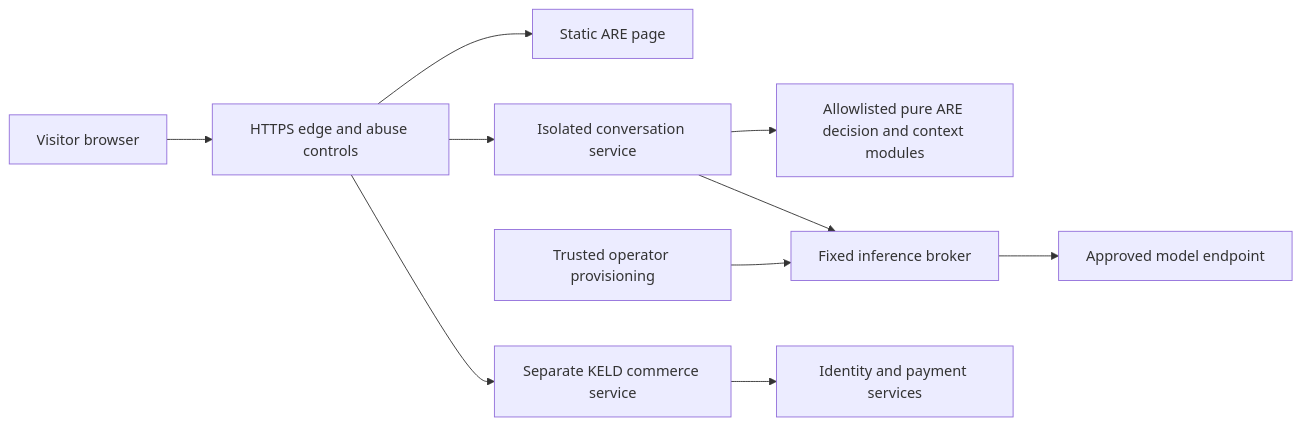
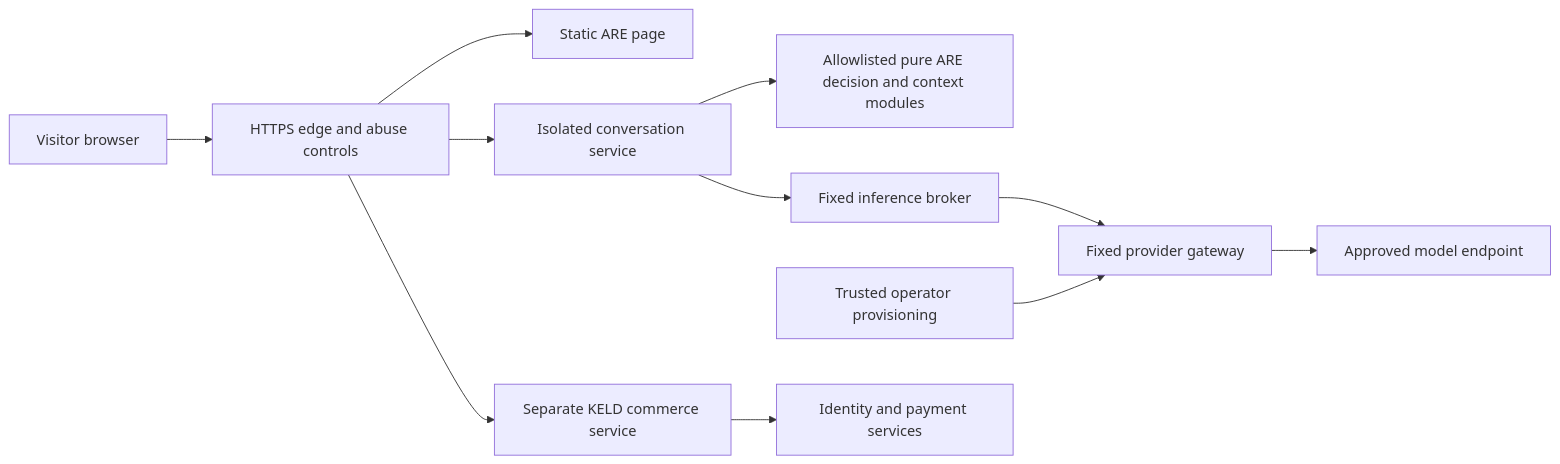
One commit to vrondelli/cyberAlchemy-v2 changed the first of 2 diagrams in keld-project/docs/SECURITY-REVIEW-HANDOFF.md. Above: the diagram before and after it, drawn with Mermaid. The commit also changed other lines of this file and 39861 other files, not shown here.

````diff
--- a/keld-project/docs/SECURITY-REVIEW-HANDOFF.md
+++ b/keld-project/docs/SECURITY-REVIEW-HANDOFF.md
@@ -68,12 +103,13 @@
 ```mermaid
 flowchart LR
   V[Visitor browser] --> E[HTTPS edge and abuse controls]
   E --> S[Static ARE page]
   E --> C[Isolated conversation service]
   C --> A[Allowlisted pure ARE decision and context modules]
   C --> G[Fixed inference broker]
-  G --> M[Approved model endpoint]
-  O[Trusted operator provisioning] --> G
+  G --> PG[Fixed provider gateway]
+  PG --> M[Approved model endpoint]
+  O[Trusted operator provisioning] --> PG
   E --> K[Separate KELD commerce service]
-  K --> P[Identity and payment services]
+  K --> PAY[Identity and payment services]
 ```
````
